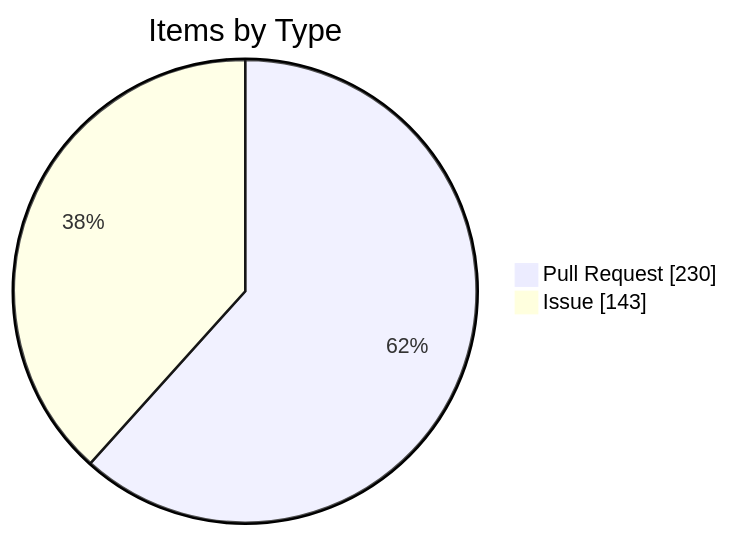
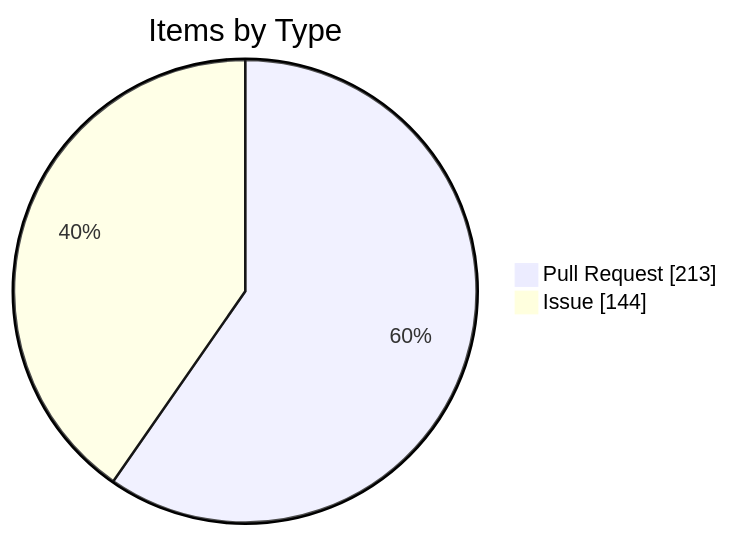
Before and after one commit to KBVE/kbve: the fourth of 4 diagrams in apps/kbve/astro-kbve/src/content/docs/dashboard/kanban-data.mdx, drawn with Mermaid. The commit also changed other lines of this file and 8 other files, not shown here.

````diff
--- a/apps/kbve/astro-kbve/src/content/docs/dashboard/kanban-data.mdx
+++ b/apps/kbve/astro-kbve/src/content/docs/dashboard/kanban-data.mdx
@@ -116,6 +116,6 @@
 ```mermaid
 pie showData
     title Items by Type
-    "Pull Request" : 230
-    "Issue" : 143
+    "Pull Request" : 213
+    "Issue" : 144
 ```
````
